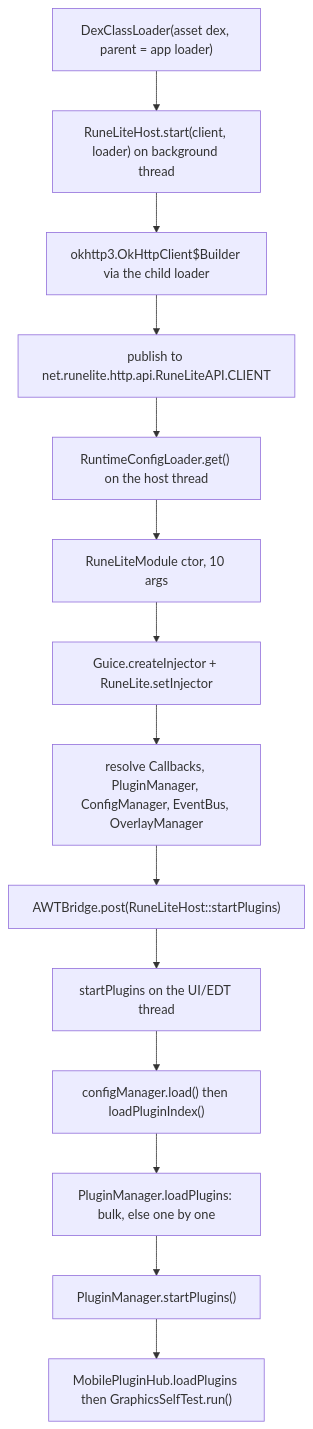
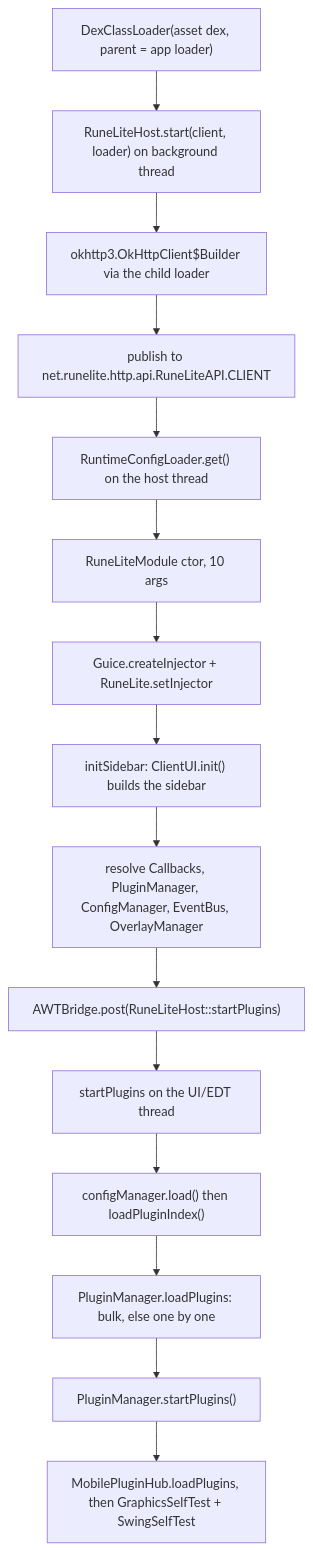
The first of 2 diagrams in docs/plugin-runtime.md (eshahrabani/runelite-mobile), drawn with Mermaid before and after one commit. The commit also changed other lines of this file and 76 other files, not shown here.

````diff
--- a/docs/plugin-runtime.md
+++ b/docs/plugin-runtime.md
@@ -39,16 +41,17 @@
 ```mermaid
 flowchart TD
     A["DexClassLoader(asset dex, parent = app loader)"] --> B["RuneLiteHost.start(client, loader) on background thread"]
     B --> C["okhttp3.OkHttpClient$Builder via the child loader"]
     C --> D["publish to net.runelite.http.api.RuneLiteAPI.CLIENT"]
     D --> E["RuntimeConfigLoader.get() on the host thread"]
     E --> F["RuneLiteModule ctor, 10 args"]
     F --> G["Guice.createInjector + RuneLite.setInjector"]
-    G --> H["resolve Callbacks, PluginManager, ConfigManager, EventBus, OverlayManager"]
+    G --> G2["initSidebar: ClientUI.init() builds the sidebar"]
+    G2 --> H["resolve Callbacks, PluginManager, ConfigManager, EventBus, OverlayManager"]
     H --> I["AWTBridge.post(RuneLiteHost::startPlugins)"]
     I --> J["startPlugins on the UI/EDT thread"]
     J --> K["configManager.load() then loadPluginIndex()"]
     K --> L["PluginManager.loadPlugins: bulk, else one by one"]
     L --> M["PluginManager.startPlugins()"]
-    M --> N["MobilePluginHub.loadPlugins then GraphicsSelfTest.run()"]
+    M --> N["MobilePluginHub.loadPlugins, then GraphicsSelfTest + SwingSelfTest"]
 ```
````
